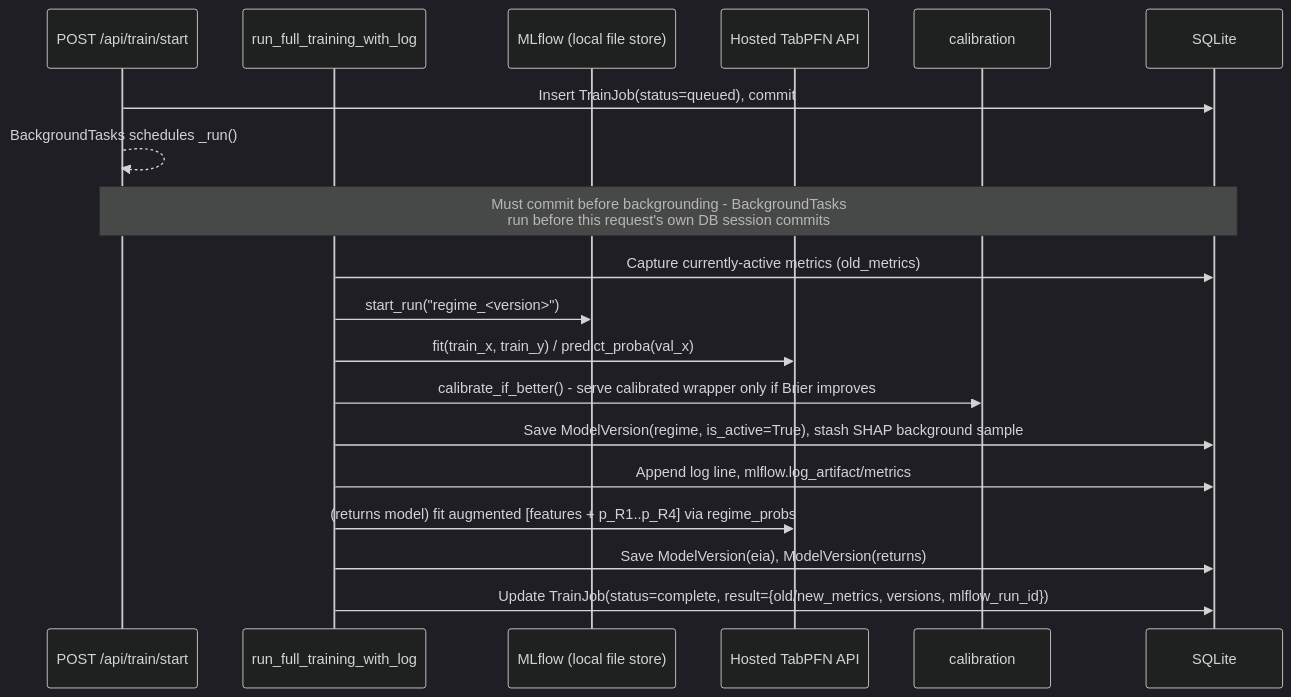
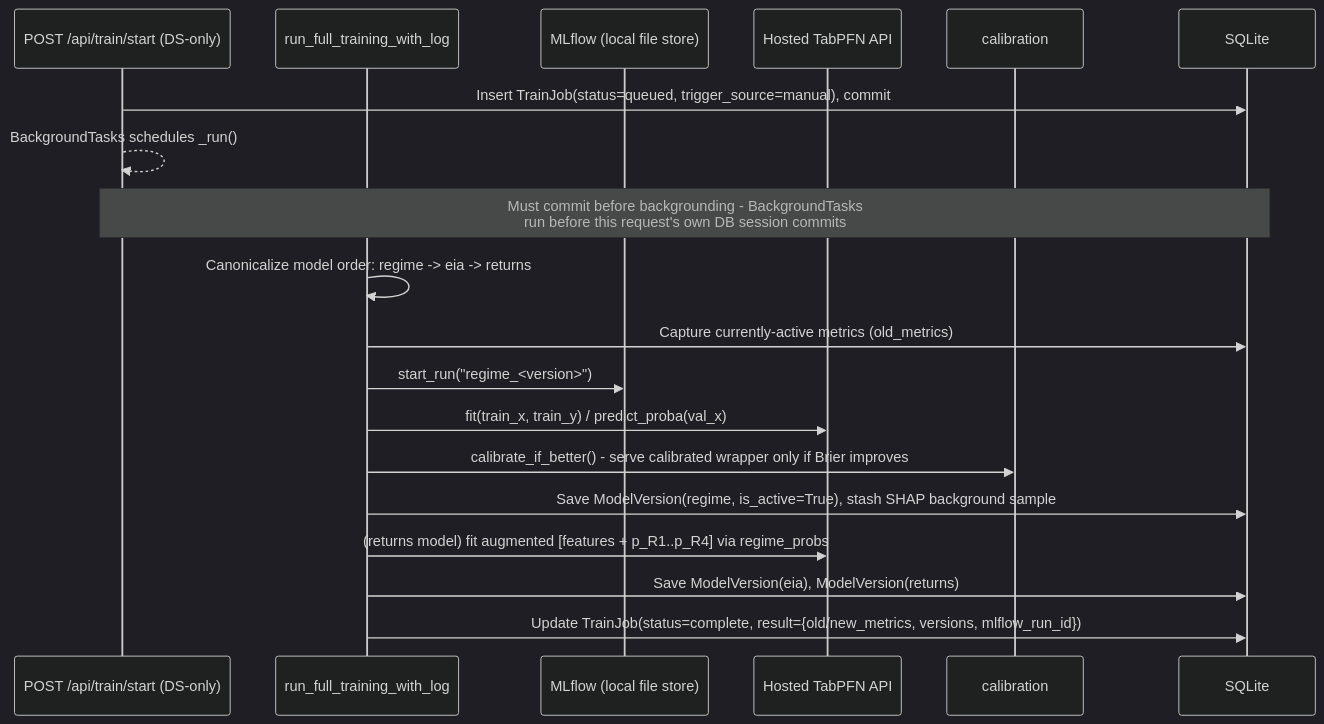
One commit to skang10/oil-signalyst changed the second of 3 diagrams in docs/architecture-backend.md. Above: the diagram before and after it, drawn with Mermaid (dark theme). The commit also changed other lines of this file and 2 other files, not shown here.

First line of the commit message:
docs(architecture): bring all three architecture docs to current state

````diff
--- a/docs/architecture-backend.md
+++ b/docs/architecture-backend.md
@@ -110,22 +161,22 @@
 ```mermaid
 sequenceDiagram
-    participant API as POST /api/train/start
+    participant API as POST /api/train/start (DS-only)
     participant T as run_full_training_with_log
     participant MLF as MLflow (local file store)
     participant TP as Hosted TabPFN API
     participant Cal as calibration
     participant D as SQLite
 
-    API->>D: Insert TrainJob(status=queued), commit
+    API->>D: Insert TrainJob(status=queued, trigger_source=manual), commit
     API-->>API: BackgroundTasks schedules _run()
     Note over API,D: Must commit before backgrounding - BackgroundTasks<br/>run before this request's own DB session commits
+    T->>T: Canonicalize model order: regime -> eia -> returns
     T->>D: Capture currently-active metrics (old_metrics)
     T->>MLF: start_run("regime_<version>")
     T->>TP: fit(train_x, train_y) / predict_proba(val_x)
     T->>Cal: calibrate_if_better() - serve calibrated wrapper only if Brier improves
     T->>D: Save ModelVersion(regime, is_active=True), stash SHAP background sample
-    T->>D: Append log line, mlflow.log_artifact/metrics
     T->>TP: (returns model) fit augmented [features + p_R1..p_R4] via regime_probs
     T->>D: Save ModelVersion(eia), ModelVersion(returns)
     T->>D: Update TrainJob(status=complete, result={old/new_metrics, versions, mlflow_run_id})
 ```
````
